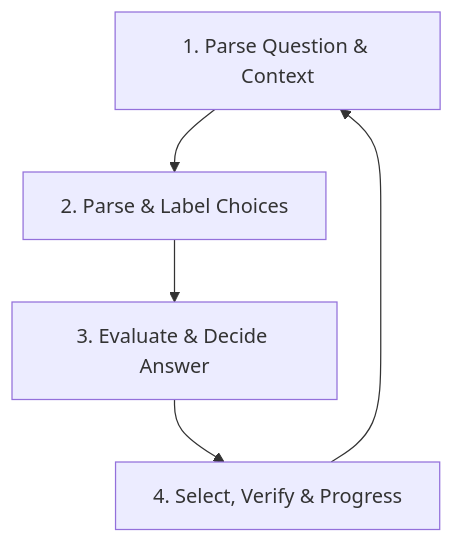
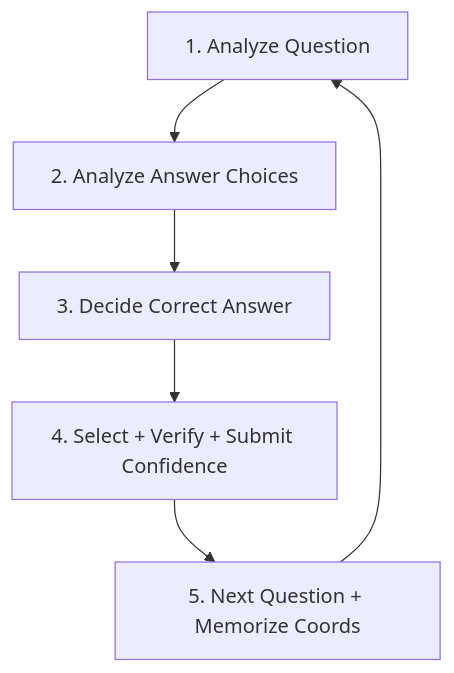
Before and after one commit to hcswint7/Muse-Spark-Python: the diagram in docs/browser_skills/FORM_FILLING_MCQ_GUIDE.md, drawn with Mermaid. The commit also changed other lines of this file and 2 other files, not shown here.

````diff
--- a/docs/browser_skills/FORM_FILLING_MCQ_GUIDE.md
+++ b/docs/browser_skills/FORM_FILLING_MCQ_GUIDE.md
@@ -13,7 +46,8 @@
 ```mermaid
 graph TD
-    A[1. Parse Question & Context] --> B[2. Parse & Label Choices]
-    B --> C[3. Evaluate & Decide Answer]
-    C --> D[4. Select, Verify & Progress]
-    D --> A
+    A[1. Analyze Question] --> B[2. Analyze Answer Choices]
+    B --> C[3. Decide Correct Answer]
+    C --> D[4. Select + Verify + Submit Confidence]
+    D --> E[5. Next Question + Memorize Coords]
+    E --> A
 ```
````
